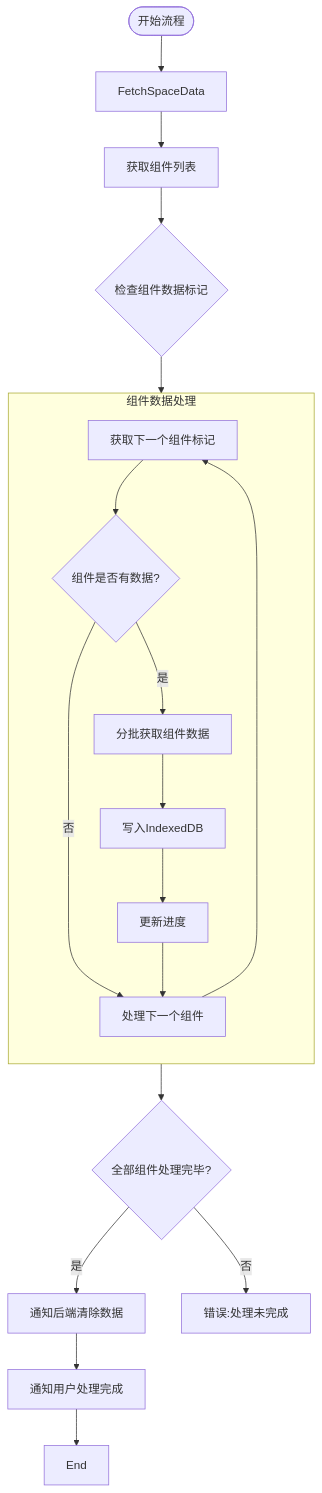
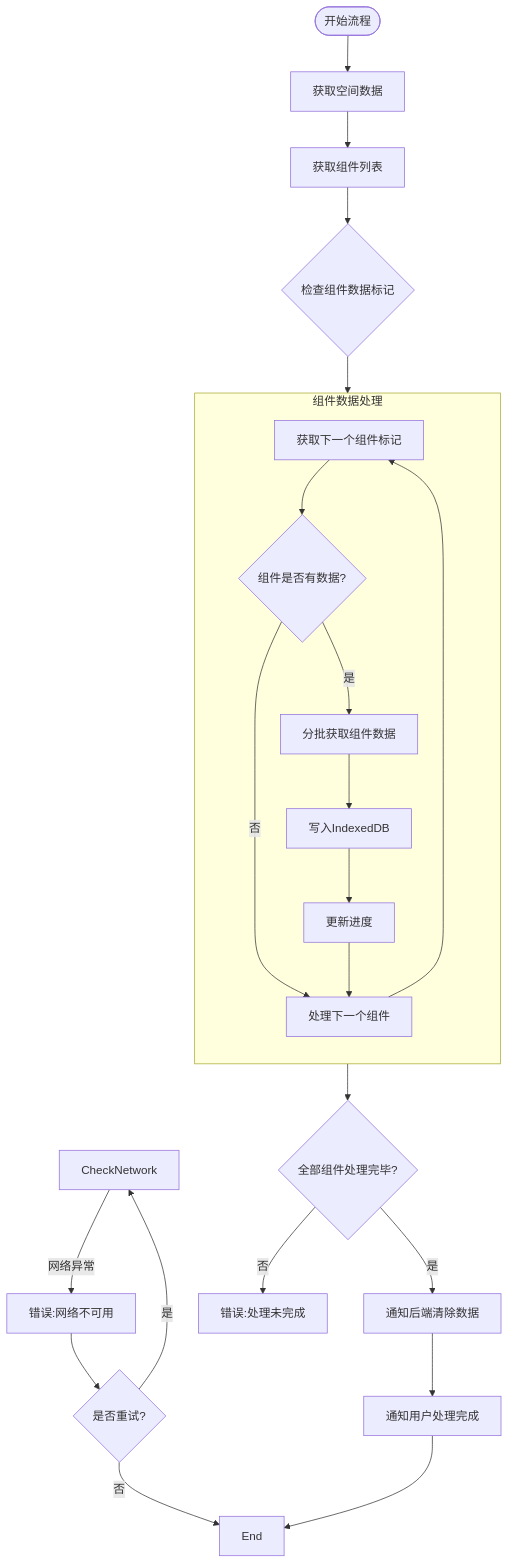
The diagram in all/未命名-50.md (yingjianzh/iodraw-files), drawn with Mermaid before and after one commit.

Commit message:
2025-05-08 11:17:57 update

````diff
--- a/all/未命名-50.md
+++ b/all/未命名-50.md
@@ -1,27 +1,31 @@
 ```mermaid
 flowchart TD
-    Start([开始流程]) --> 
+    Start([开始流程]) --> FetchSpaceData[获取空间数据]
+    CheckNetwork -->|网络异常| Error2[错误:网络不可用]
+    Error2 --> RetryCheck{是否重试?}
+    RetryCheck -->|是| CheckNetwork
+    RetryCheck -->|否| End
     
     FetchSpaceData --> FetchComponentList[获取组件列表]
     FetchComponentList --> CheckComponentData{检查组件数据标记}
     
     subgraph ComponentProcess [组件数据处理]
         direction TB
         A[获取下一个组件标记] --> B{组件是否有数据?}
         B -->|否| NextComponent[处理下一个组件]
         B -->|是| C[分批获取组件数据]
         C --> D[写入IndexedDB]
         D --> UpdateProgress[更新进度]
         UpdateProgress --> NextComponent
         NextComponent --> A
     end
     
     CheckComponentData --> ComponentProcess
     ComponentProcess --> AllComponentsProcessed{全部组件处理完毕?}
     
     AllComponentsProcessed -->|是| ClearServerData[通知后端清除数据]
     AllComponentsProcessed -->|否| Error3[错误:处理未完成]
     
     ClearServerData --> CompletionNotification[通知用户处理完成]
     CompletionNotification --> End
 ```
````
